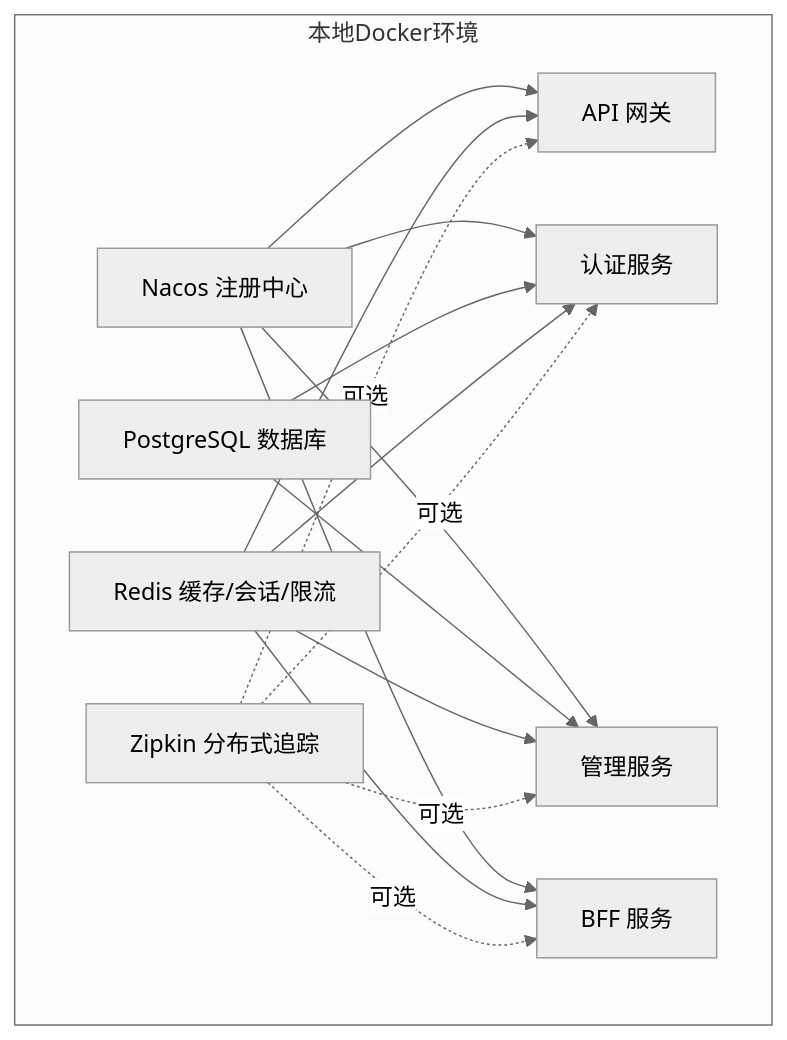
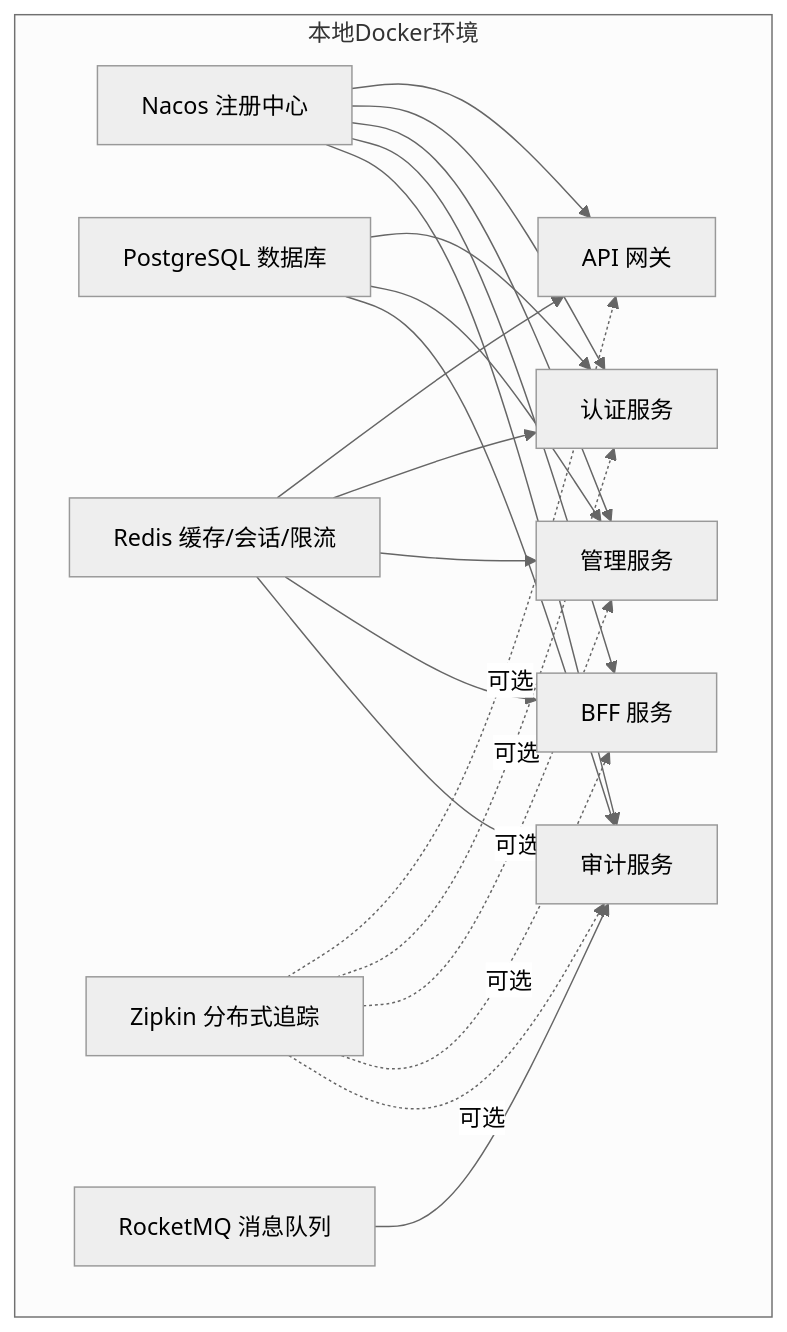
Before and after one commit to fq0121104930716/iam-platform: the first of 7 diagrams in .qoder/repowiki/zh/content/部署运维/部署策略.md, drawn with Mermaid (neutral theme). The commit also changed other lines of this file and 219 other files, not shown here.

````diff
--- a/.qoder/repowiki/zh/content/部署运维/部署策略.md
+++ b/.qoder/repowiki/zh/content/部署运维/部署策略.md
@@ -44,27 +62,34 @@
 ```mermaid
 graph TB
 subgraph "本地Docker环境"
 Nacos["Nacos 注册中心"]
 Postgres["PostgreSQL 数据库"]
 Redis["Redis 缓存/会话/限流"]
 Zipkin["Zipkin 分布式追踪"]
+RocketMQ["RocketMQ 消息队列"]
 Gateway["API 网关"]
 Auth["认证服务"]
 Admin["管理服务"]
 BFF["BFF 服务"]
+Audit["审计服务"]
 end
 Nacos --> Gateway
 Nacos --> Auth
 Nacos --> Admin
 Nacos --> BFF
+Nacos --> Audit
 Postgres --> Auth
 Postgres --> Admin
+Postgres --> Audit
 Redis --> Gateway
 Redis --> Auth
 Redis --> Admin
 Redis --> BFF
+Redis --> Audit
 Zipkin -. 可选 .-> Gateway
 Zipkin -. 可选 .-> Auth
 Zipkin -. 可选 .-> Admin
 Zipkin -. 可选 .-> BFF
+Zipkin -. 可选 .-> Audit
+RocketMQ --> Audit
 ```
````
